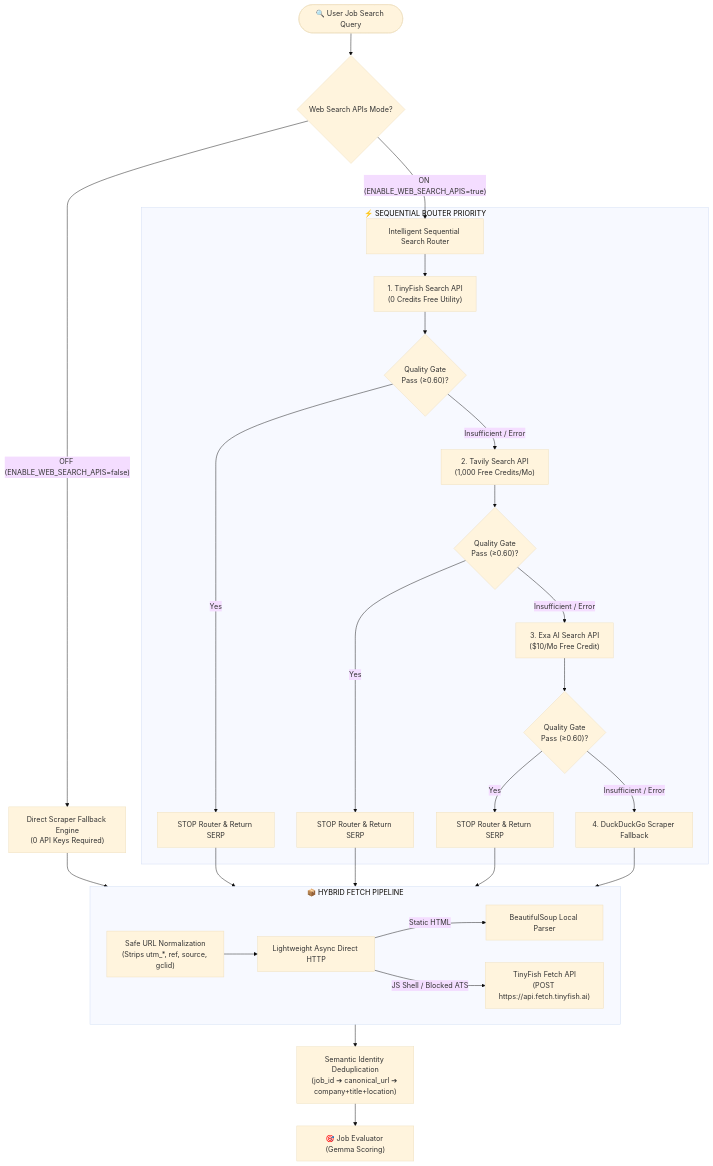
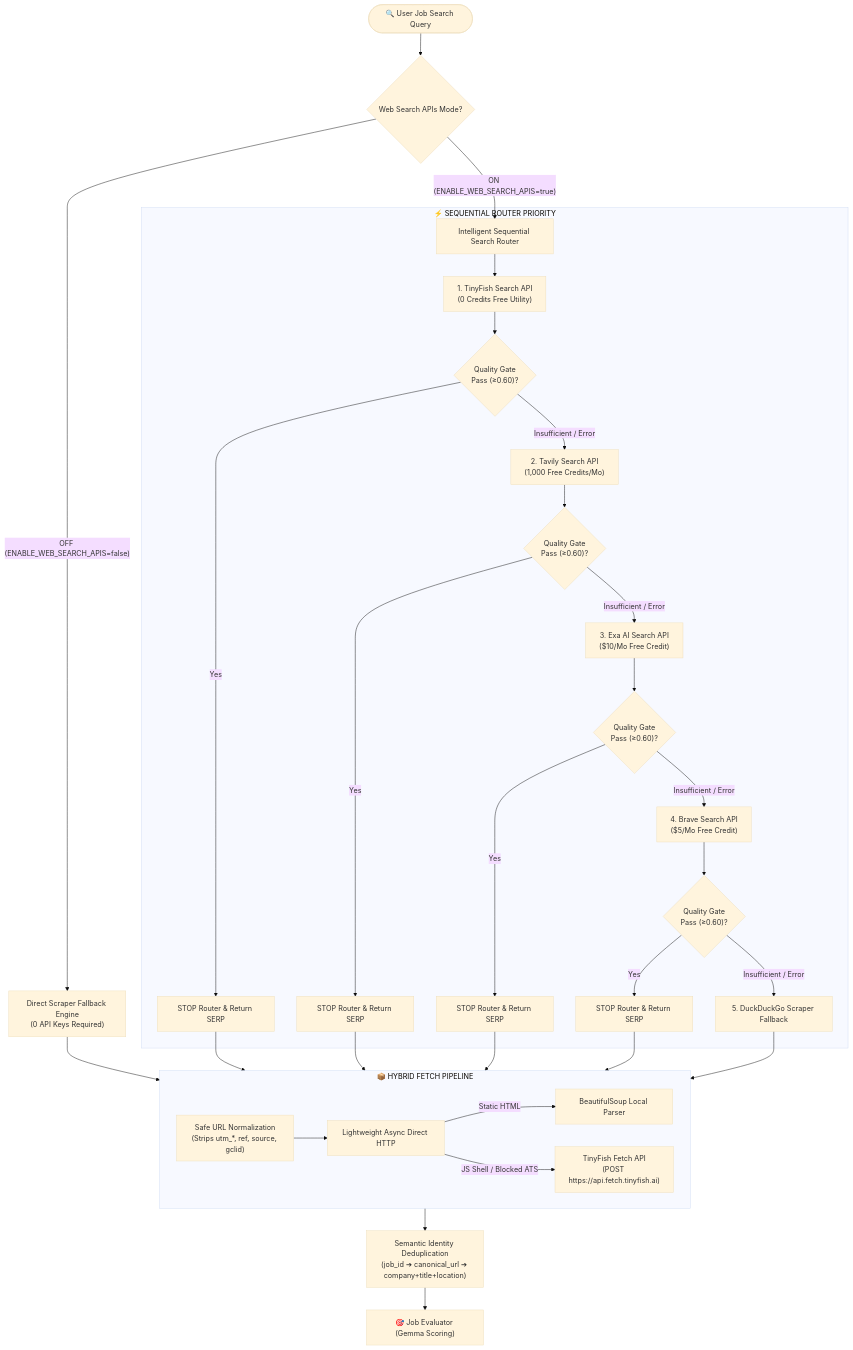
One commit to kvcops/JobHunterX changed the second of 5 diagrams in README.md. Above: the diagram before and after it, drawn with Mermaid (base theme). The commit also changed other lines of this file and 4 other files, not shown here.

Commit message:
updated reademe and provided api referecne urls and also added option to fetch from the config tab too

````diff
--- a/README.md
+++ b/README.md
@@ -188,35 +188,39 @@
 ```mermaid
 flowchart TD
     SEARCH_REQ([🔍 User Job Search Query]) --> MODE_CHECK{"Web Search APIs Mode?"}
 
     MODE_CHECK -->|"ON (ENABLE_WEB_SEARCH_APIS=true)"| ROUTER["Intelligent Sequential Search Router"]
     MODE_CHECK -->|"OFF (ENABLE_WEB_SEARCH_APIS=false)"| DIRECT_SCRAPER["Direct Scraper Fallback Engine<br/>(0 API Keys Required)"]
 
     subgraph API_ROUTER ["⚡ SEQUENTIAL ROUTER PRIORITY"]
         ROUTER --> TF["1. TinyFish Search API<br/>(0 Credits Free Utility)"]
         TF --> QG1{"Quality Gate<br/>Pass (≥0.60)?"}
         QG1 -->|Yes| STOP1["STOP Router & Return SERP"]
         QG1 -->|Insufficient / Error| TAV["2. Tavily Search API<br/>(1,000 Free Credits/Mo)"]
         TAV --> QG2{"Quality Gate<br/>Pass (≥0.60)?"}
         QG2 -->|Yes| STOP2["STOP Router & Return SERP"]
         QG2 -->|Insufficient / Error| EXA["3. Exa AI Search API<br/>($10/Mo Free Credit)"]
         EXA --> QG3{"Quality Gate<br/>Pass (≥0.60)?"}
         QG3 -->|Yes| STOP3["STOP Router & Return SERP"]
-        QG3 -->|Insufficient / Error| DDGS_FB["4. DuckDuckGo Scraper Fallback"]
+        QG3 -->|Insufficient / Error| BRV["4. Brave Search API<br/>($5/Mo Free Credit)"]
+        BRV --> QG4{"Quality Gate<br/>Pass (≥0.60)?"}
+        QG4 -->|Yes| STOP4["STOP Router & Return SERP"]
+        QG4 -->|Insufficient / Error| DDGS_FB["5. DuckDuckGo Scraper Fallback"]
     end
 
     DIRECT_SCRAPER --> HYBRID_FETCH
     STOP1 --> HYBRID_FETCH
     STOP2 --> HYBRID_FETCH
     STOP3 --> HYBRID_FETCH
+    STOP4 --> HYBRID_FETCH
     DDGS_FB --> HYBRID_FETCH
 
     subgraph HYBRID_FETCH ["📦 HYBRID FETCH PIPELINE"]
         STEP1["Safe URL Normalization<br/>(Strips utm_*, ref, source, gclid)"] --> STEP2["Lightweight Async Direct HTTP"]
         STEP2 -->|Static HTML| BS4["BeautifulSoup Local Parser"]
         STEP2 -->|JS Shell / Blocked ATS| TF_FETCH["TinyFish Fetch API<br/>(POST https://api.fetch.tinyfish.ai)"]
     end
 
     HYBRID_FETCH --> DEDUPE["Semantic Identity Deduplication<br/>(job_id ➔ canonical_url ➔ company+title+location)"]
     DEDUPE --> SCORE["🎯 Job Evaluator (Gemma Scoring)"]
 ```
````
